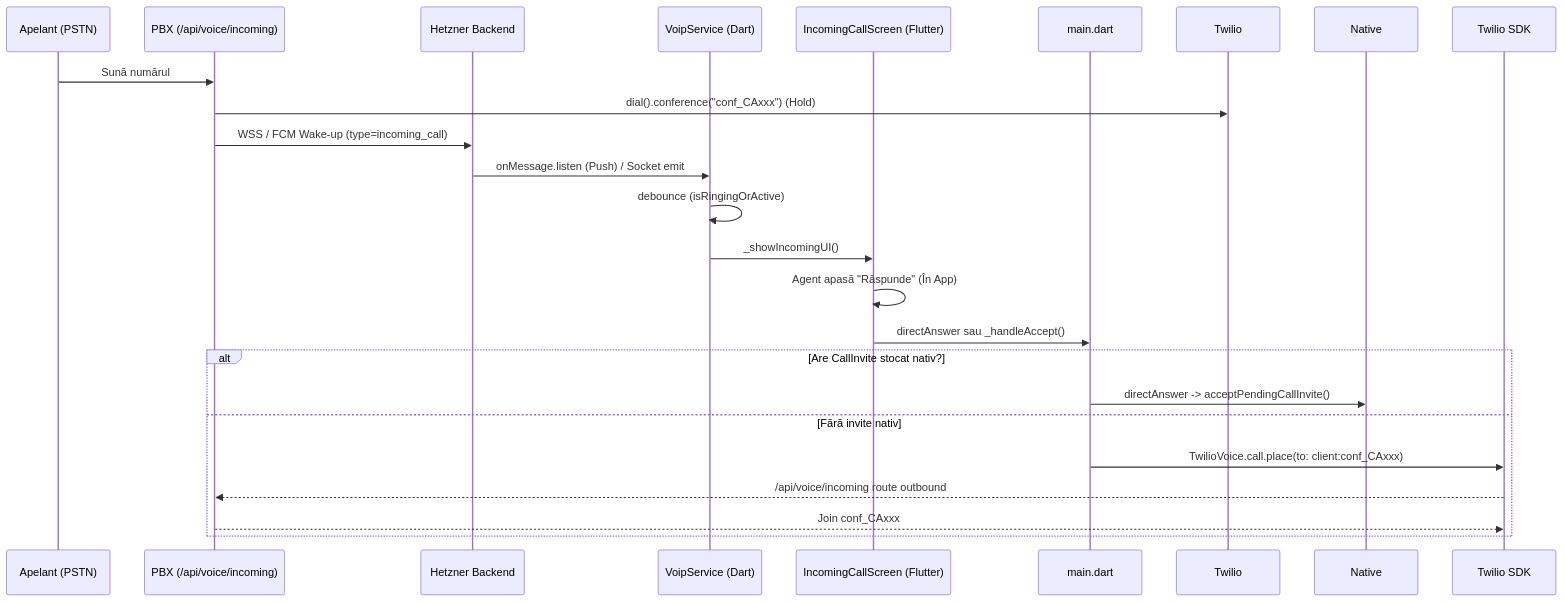
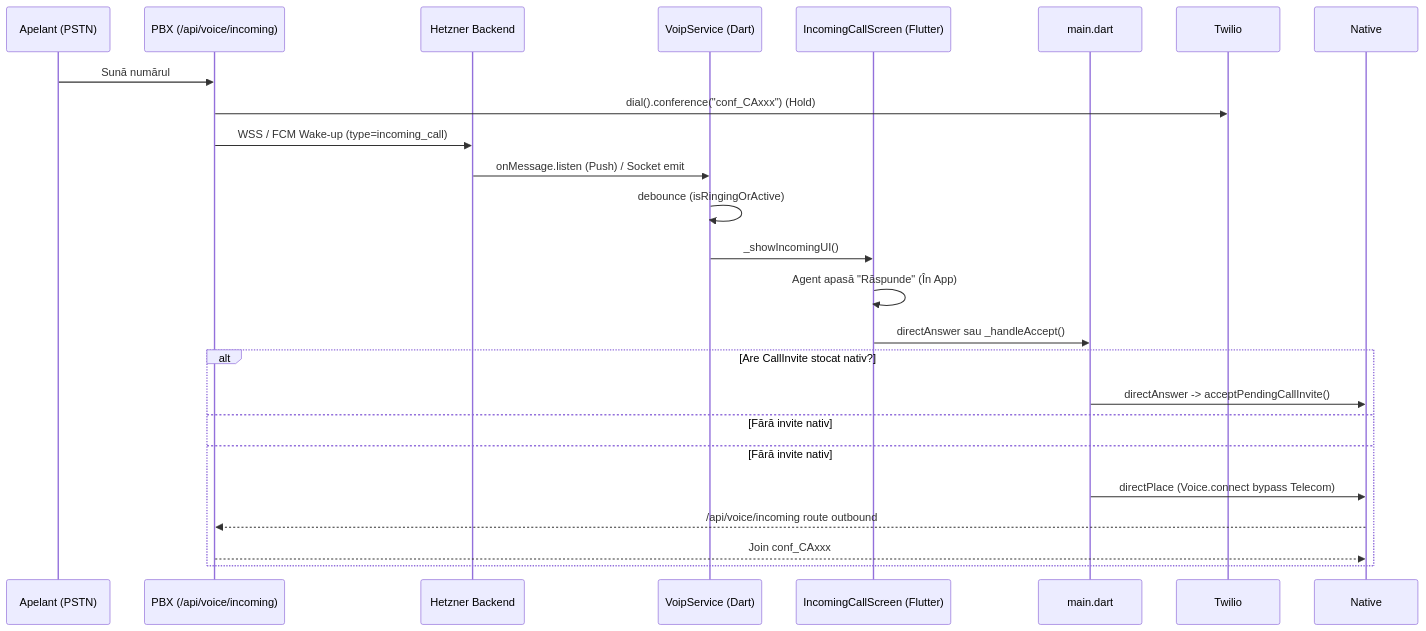
The second of 2 diagrams in docs/voip/flow_firebase_vs_supabase.md (SuperPartyByAI/SuperpartyByaAiAplicatie), drawn with Mermaid before and after one commit. The commit also changed 4 other files, not shown here.

Commit message:
feat(voip): implement native Huawei directPlace (Voice.connect) outbound dial to bypass ConnectionService

````diff
--- a/docs/voip/flow_firebase_vs_supabase.md
+++ b/docs/voip/flow_firebase_vs_supabase.md
@@ -52,25 +52,26 @@
 ```mermaid
 sequenceDiagram
     participant PSTN as Apelant (PSTN)
     participant PBX as PBX (/api/voice/incoming)
     participant Backend as Hetzner Backend
     participant Flutter as VoipService (Dart)
     participant UI as IncomingCallScreen (Flutter)
     participant Main as main.dart
 
     PSTN->>PBX: Sună numărul
     PBX->>Twilio: dial().conference("conf_CAxxx") (Hold)
     PBX->>Backend: WSS / FCM Wake-up (type=incoming_call)
     Backend->>Flutter: onMessage.listen (Push) / Socket emit
     Flutter->>Flutter: debounce (isRingingOrActive)
     Flutter->>UI: _showIncomingUI()
     UI->>UI: Agent apasă "Răspunde" (În App)
     UI->>Main: directAnswer sau _handleAccept()
     alt Are CallInvite stocat nativ?
         Main->>Native: directAnswer -> acceptPendingCallInvite()
     else Fără invite nativ
-        Main->>Twilio SDK: TwilioVoice.call.place(to: client:conf_CAxxx)
-        Twilio SDK-->>PBX: /api/voice/incoming route outbound
-        PBX-->>Twilio SDK: Join conf_CAxxx
+    else Fără invite nativ
+        Main->>Native: directPlace (Voice.connect bypass Telecom)
+        Native-->>PBX: /api/voice/incoming route outbound
+        PBX-->>Native: Join conf_CAxxx
     end
 ```
````
